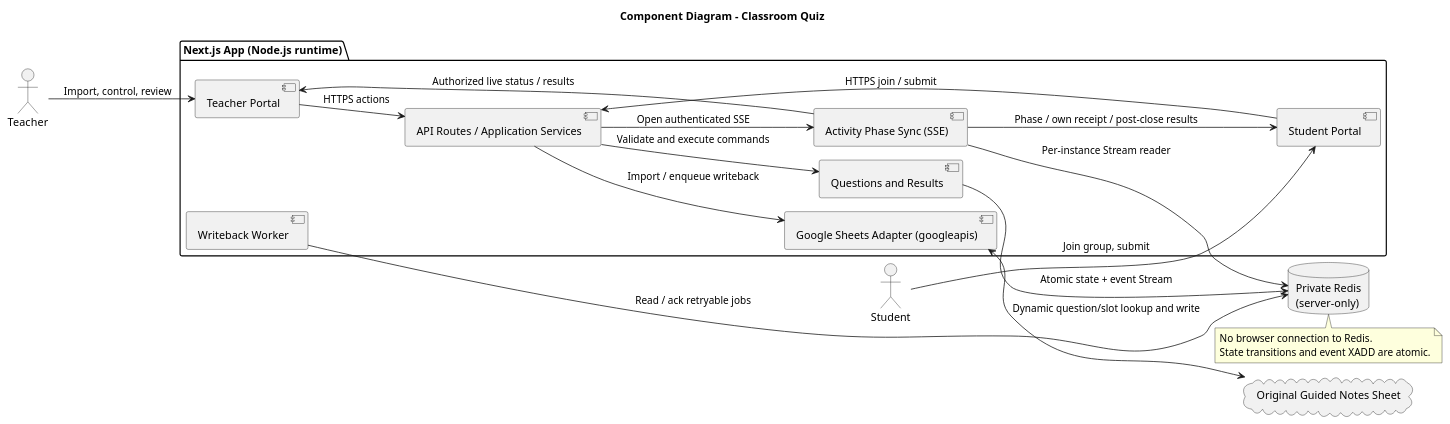
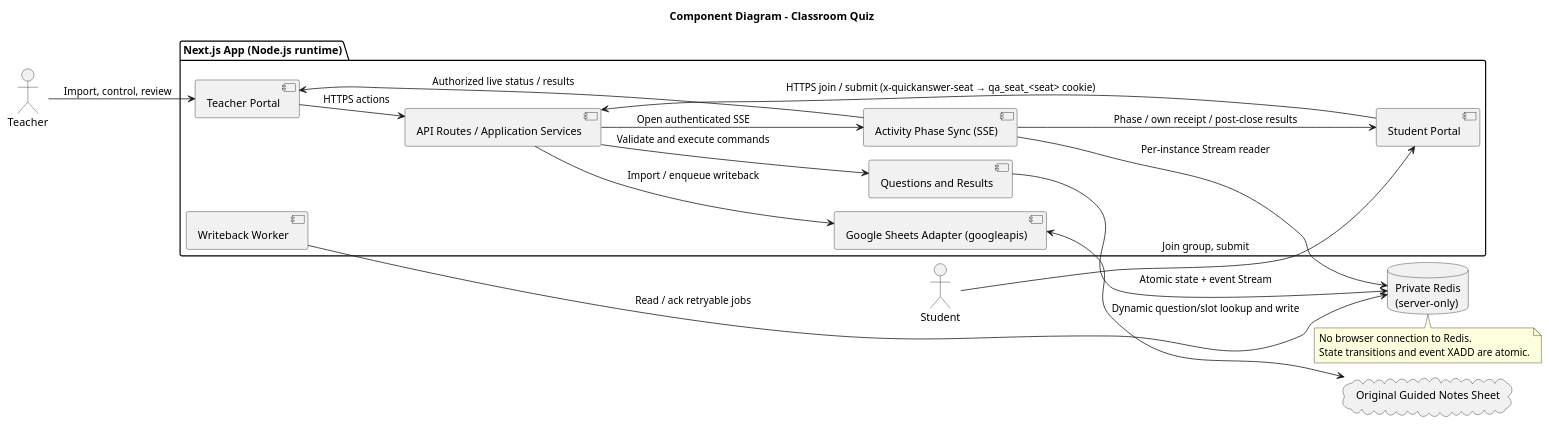
The diagram in main/diagrams/component.puml (Chunshan-Theta/2026-SW-quickanswer), drawn with PlantUML before and after one commit. The commit also changed 3 other files, not shown here.

Commit message:
docs: show the tab seat session in the shared component and sequence diagrams

```diff
--- a/main/diagrams/component.puml
+++ b/main/diagrams/component.puml
@@ -1,41 +1,41 @@
 @startuml
 !pragma layout smetana
 title Component Diagram - Classroom Quiz
 left to right direction
 
 actor Teacher
 actor Student
 
 package "Next.js App (Node.js runtime)" {
 	component "Teacher Portal" as TeacherClient
 	component "Student Portal" as StudentClient
 	component "API Routes / Application Services" as AppAPI
 	component "Activity Phase Sync (SSE)" as ActivitySync
 	component "Questions and Results" as QuizFlow
 	component "Google Sheets Adapter (googleapis)" as SheetsAccess
 	component "Writeback Worker" as WritebackWorker
 }
 
 database "Private Redis\n(server-only)" as ActivityData
 cloud "Original Guided Notes Sheet" as GuidedNotes
 
 Teacher --> TeacherClient : Import, control, review
 Student --> StudentClient : Join group, submit
 TeacherClient --> AppAPI : HTTPS actions
-StudentClient --> AppAPI : HTTPS join / submit
+StudentClient --> AppAPI : HTTPS join / submit (x-quickanswer-seat → qa_seat_<seat> cookie)
 AppAPI --> QuizFlow : Validate and execute commands
 AppAPI --> SheetsAccess : Import / enqueue writeback
 AppAPI --> ActivitySync : Open authenticated SSE
 QuizFlow --> ActivityData : Atomic state + event Stream
 ActivitySync --> ActivityData : Per-instance Stream reader
 WritebackWorker --> ActivityData : Read / ack retryable jobs
 SheetsAccess <--> GuidedNotes : Dynamic question/slot lookup and write
 ActivitySync --> TeacherClient : Authorized live status / results
 ActivitySync --> StudentClient : Phase / own receipt / post-close results
 
 note bottom of ActivityData
 	No browser connection to Redis.
 	State transitions and event XADD are atomic.
 end note
 
 @enduml
```
